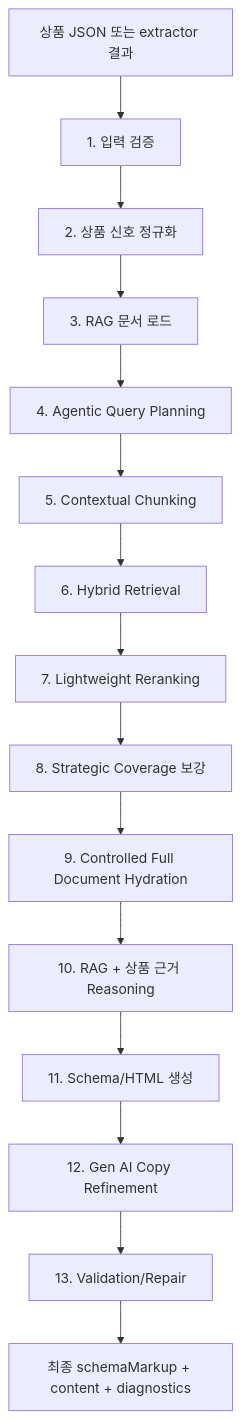
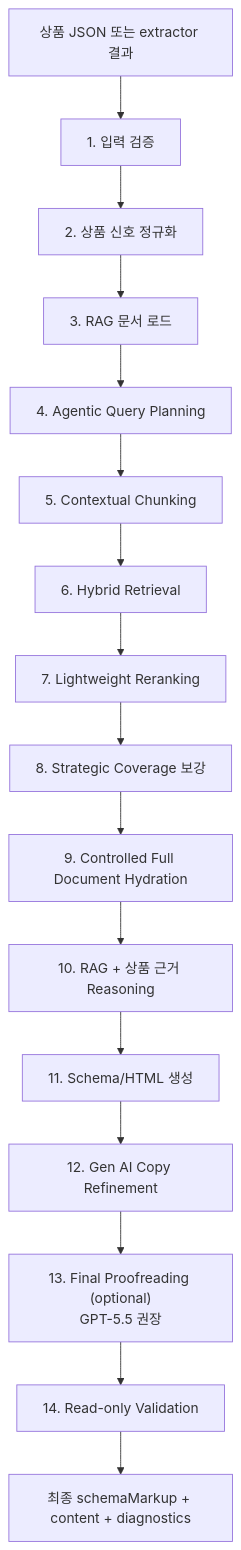
One commit to jungtaeinn/agentic-geo changed the first of 2 diagrams in packages/pdp-geo-generator-agent/README.md. Above: the diagram before and after it, drawn with Mermaid. The commit also changed other lines of this file and 47 other files, not shown here.

Commit message:
feat: improve evidence-grounded GEO schema generation

````diff
--- a/packages/pdp-geo-generator-agent/README.md
+++ b/packages/pdp-geo-generator-agent/README.md
@@ -91,17 +93,18 @@
 ```mermaid
 flowchart TD
   A["상품 JSON 또는 extractor 결과"] --> B["1. 입력 검증"]
   B --> C["2. 상품 신호 정규화"]
   C --> D["3. RAG 문서 로드"]
   D --> E["4. Agentic Query Planning"]
   E --> F["5. Contextual Chunking"]
   F --> G["6. Hybrid Retrieval"]
   G --> H["7. Lightweight Reranking"]
   H --> I["8. Strategic Coverage 보강"]
   I --> J["9. Controlled Full Document Hydration"]
   J --> K["10. RAG + 상품 근거 Reasoning"]
   K --> L["11. Schema/HTML 생성"]
   L --> M["12. Gen AI Copy Refinement"]
-  M --> N["13. Validation/Repair"]
-  N --> O["최종 schemaMarkup + content + diagnostics"]
+  M --> N["13. Final Proofreading (optional)<br/>GPT-5.5 권장"]
+  N --> O["14. Read-only Validation"]
+  O --> P["최종 schemaMarkup + content + diagnostics"]
 ```
````
